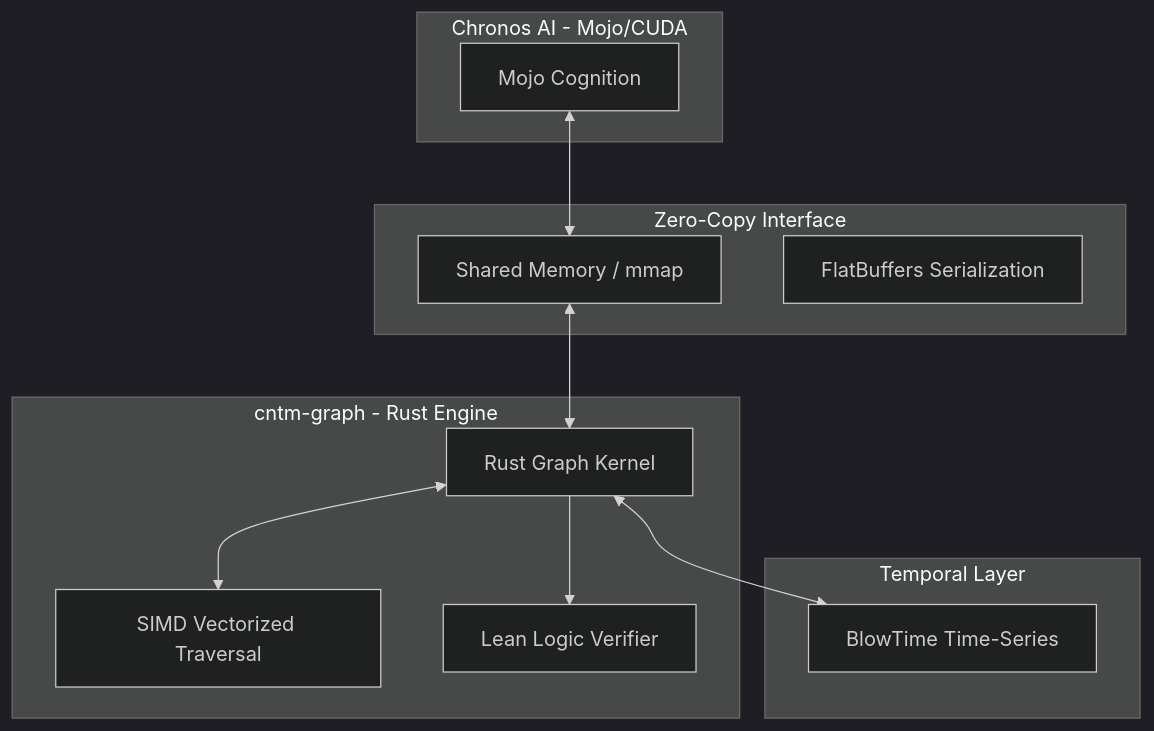
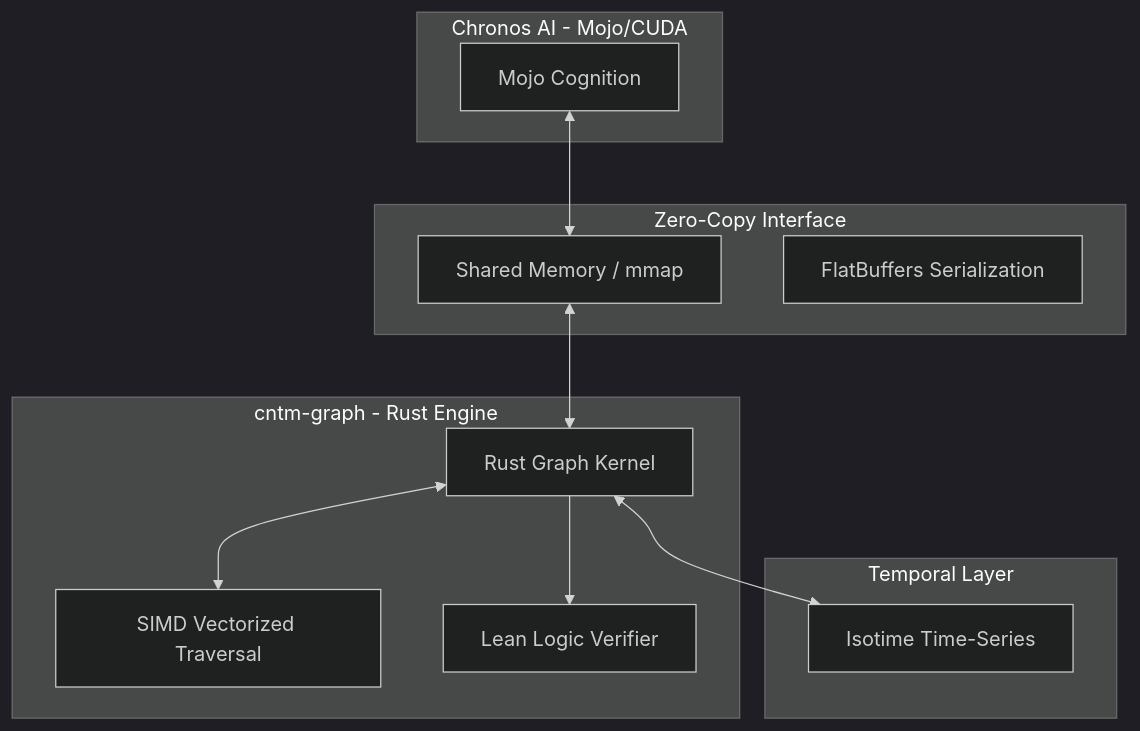
One commit to cntm-labs/cntm-graph changed the diagram in ARCHITECTURE.md. Above: the diagram before and after it, drawn with Mermaid (dark theme). The commit also changed other lines of this file and 9 other files, not shown here.

````diff
--- a/ARCHITECTURE.md
+++ b/ARCHITECTURE.md
@@ -7,27 +7,27 @@
 ```mermaid
 graph TD
   subgraph AI_Layer [Chronos AI - Mojo/CUDA]
     Mojo[Mojo Cognition]
   end
   
   subgraph Memory_Bridge [Zero-Copy Interface]
     SHM[Shared Memory / mmap]
     FB[FlatBuffers Serialization]
   end
   
   subgraph Graph_Core [cntm-graph - Rust Engine]
     Kernel[Rust Graph Kernel]
     SIMD[SIMD Vectorized Traversal]
     Lean[Lean Logic Verifier]
   end
   
   subgraph Persistence [Temporal Layer]
-    BT[BlowTime Time-Series]
+    BT[Isotime Time-Series]
   end
 
   Mojo <--> SHM
   SHM <--> Kernel
   Kernel <--> SIMD
   Kernel --> Lean
   Kernel <--> BT
 ```
````
